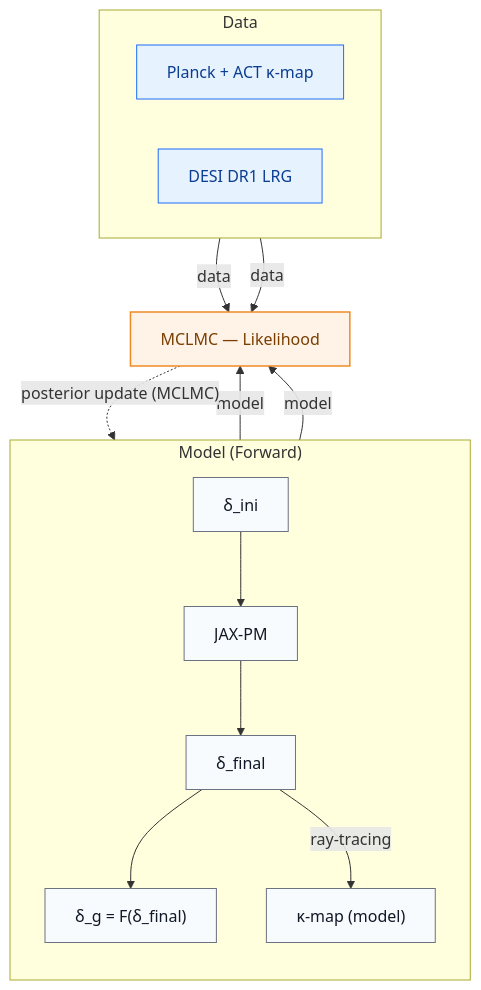
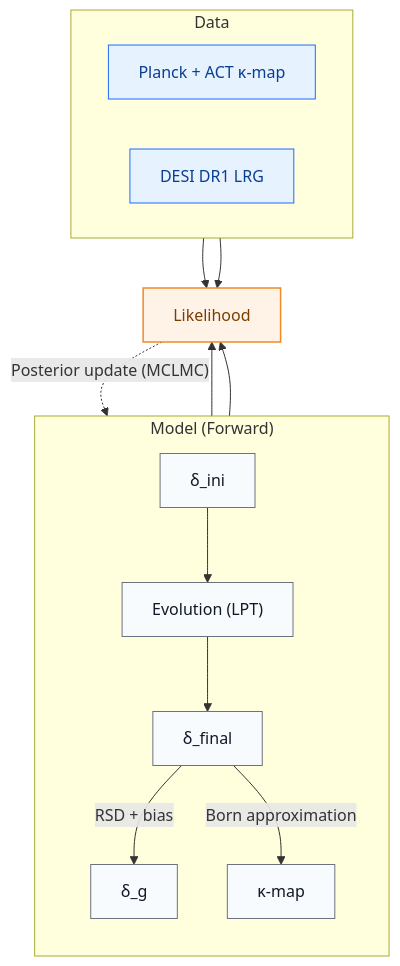
One commit to Joletaxi19/thesis-desi-cmb-fli changed the diagram in docs/figures/fli_architecture.mmd. Above: the diagram before and after it, drawn with Mermaid. The commit also changed 7 other files, not shown here.

```diff
--- a/docs/figures/fli_architecture.mmd
+++ b/docs/figures/fli_architecture.mmd
@@ -1,39 +1,39 @@
 flowchart TB
   %% =======================
   %% MODEL (forward process)
   %% =======================
   subgraph M["Model (Forward)"]
     direction TB
-    A["δ_ini"] --> B["JAX-PM"]
+    A["δ_ini"] --> B["Evolution (LPT)"]
     B --> C["δ_final"]
-    C --> D["δ_g = F(δ_final)"]
-    C -- ray-tracing --> E["κ-map (model)"]
+    C -- RSD + bias --> D["δ_g"]
+    C -- Born approximation --> E["κ-map"]
   end
 
   %% =========
   %% DATA
   %% =========
   subgraph DTA["Data"]
     direction LR
     F["Planck + ACT κ-map"]:::data
     G["DESI DR1 LRG"]:::data
   end
 
   %% =======================
   %% LIKELIHOOD / INFERENCE
   %% =======================
-  H["MCLMC — Likelihood"]:::like
+  H["Likelihood"]:::like
 
   %% Connections to likelihood
-  D -- model --> H
-  E -- model --> H
-  F -- data --> H
-  G -- data --> H
+  D --> H
+  E --> H
+  F --> H
+  G --> H
 
   %% Posterior feedback to initial field
-  H -. "posterior update (MCLMC)" .-> A
+  H -. "Posterior update (MCLMC)" .-> A
 
   %% Styles
   classDef data fill:#E7F2FF,stroke:#1E6BFF,stroke-width:1px,color:#0B3D91;
   classDef like fill:#FFF3E8,stroke:#F08A24,stroke-width:1.5px,color:#7A3E00;
   classDef default fill:#F8FBFD,stroke:#6B7280,stroke-width:1px,color:#111827;
```
